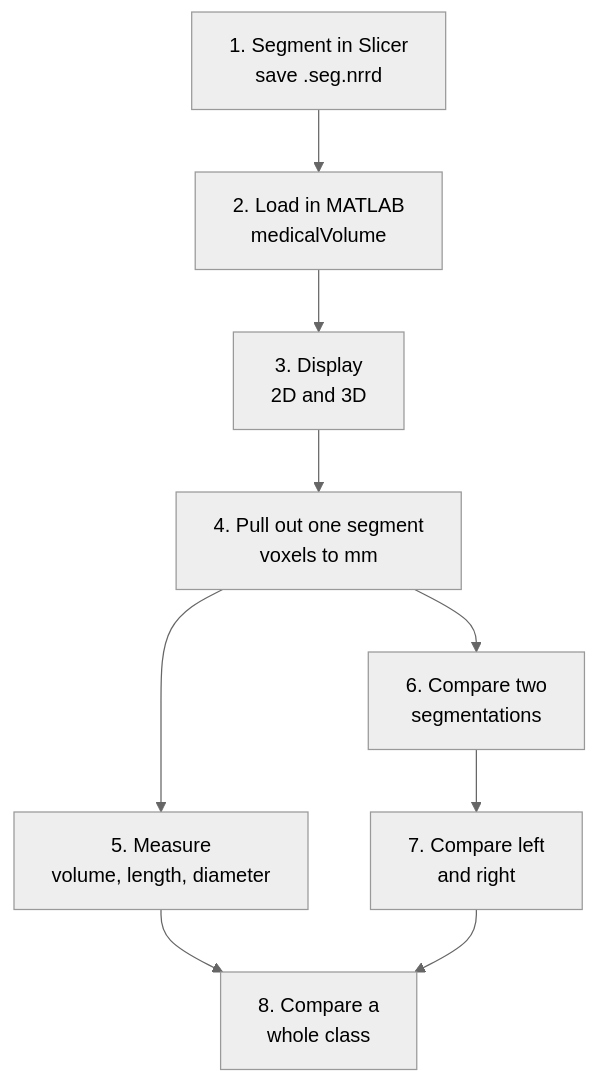
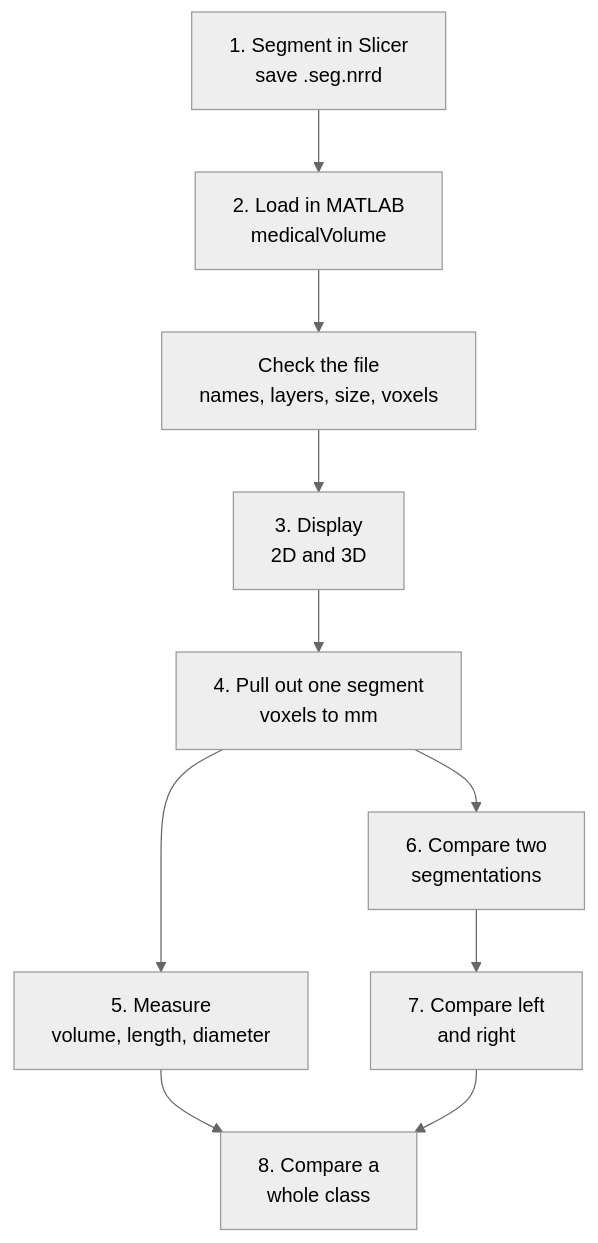
Before and after one commit to salcedoe/MtMdocs: the diagram in docs/slicer/SlicerMATLABWorkflow.md, drawn with Mermaid (neutral theme). The commit also changed other lines of this file and 3 other files, not shown here.

````diff
--- a/docs/slicer/SlicerMATLABWorkflow.md
+++ b/docs/slicer/SlicerMATLABWorkflow.md
@@ -7,11 +7,12 @@
 ```mermaid
 flowchart TD
     A["1. Segment in Slicer<br/>save .seg.nrrd"] --> B["2. Load in MATLAB<br/>medicalVolume"]
-    B --> C["3. Display<br/>2D and 3D"]
+    B --> K["Check the file<br/>names, layers, size, voxels"]
+    K --> C["3. Display<br/>2D and 3D"]
     C --> D["4. Pull out one segment<br/>voxels to mm"]
     D --> E["5. Measure<br/>volume, length, diameter"]
     D --> F["6. Compare two<br/>segmentations"]
     F --> G["7. Compare left<br/>and right"]
     E --> H["8. Compare a<br/>whole class"]
     G --> H
 ```
````
